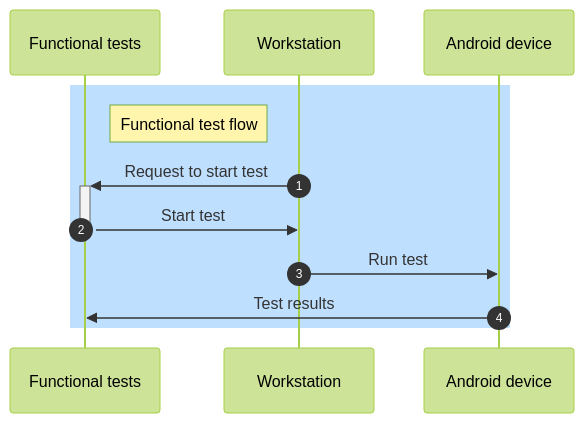
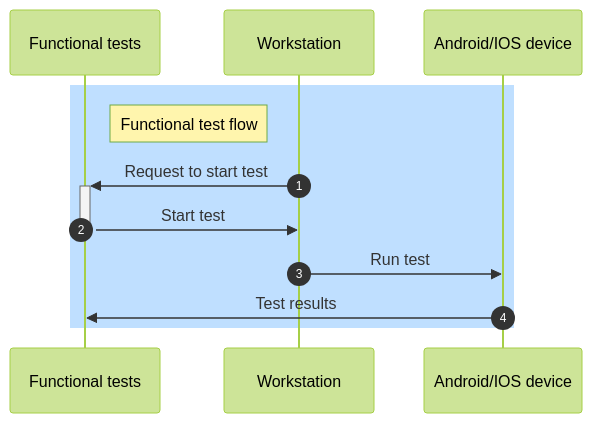
The first of 2 diagrams in docs/docs/tools/pmetrium-native/architecture/02-process/process-diagram.md (gr8-toolkit/PMetriumNative), drawn with Mermaid (forest theme) before and after one commit. The commit also changed other lines of this file and 31 other files, not shown here.

````diff
--- a/docs/docs/tools/pmetrium-native/architecture/02-process/process-diagram.md
+++ b/docs/docs/tools/pmetrium-native/architecture/02-process/process-diagram.md
@@ -8,17 +8,17 @@
 ```mermaid
 sequenceDiagram
     autonumber
     participant Functional tests
     participant Workstation
-    participant Android device
+    participant Android/IOS device
 
     rect rgb(191, 223, 255)
     note right of Functional tests: Functional test flow
 
     Workstation ->>+ Functional tests : Request to start test
     Functional tests ->>- Workstation : Start test
-    Workstation ->> Android device : Run test
-    Android device ->> Functional tests : Test results
+    Workstation ->> Android/IOS device : Run test
+    Android/IOS device ->> Functional tests : Test results
 
     end
 ```
````
